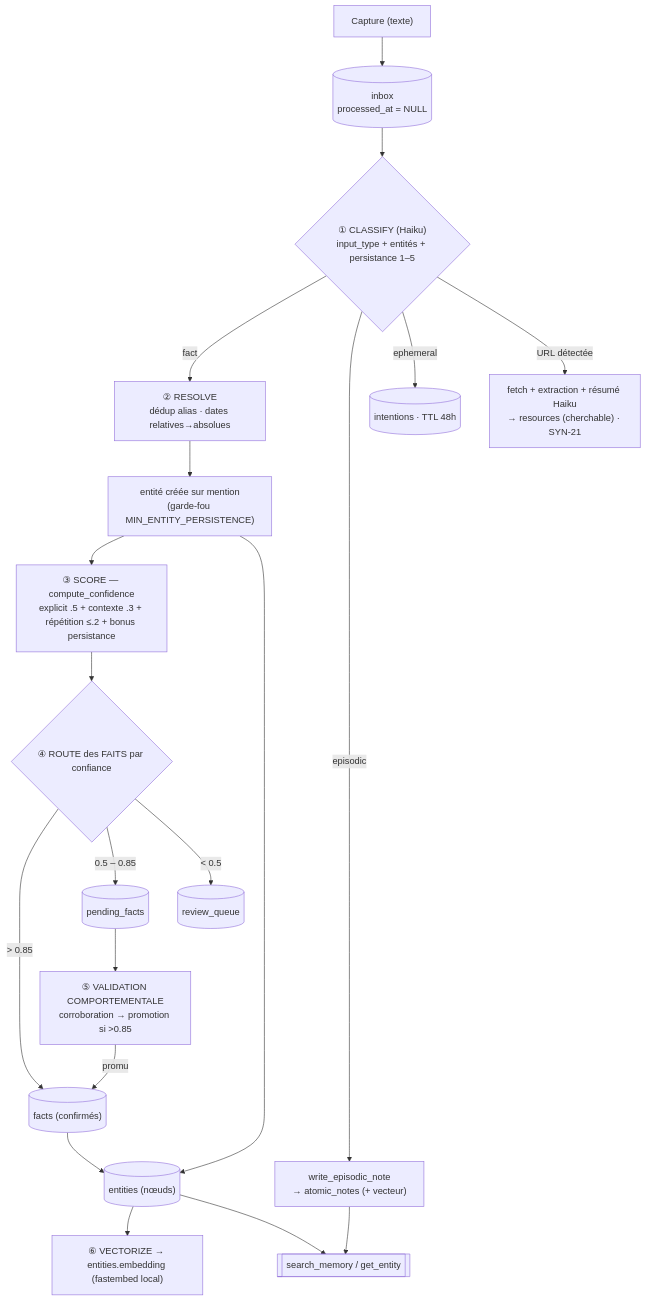
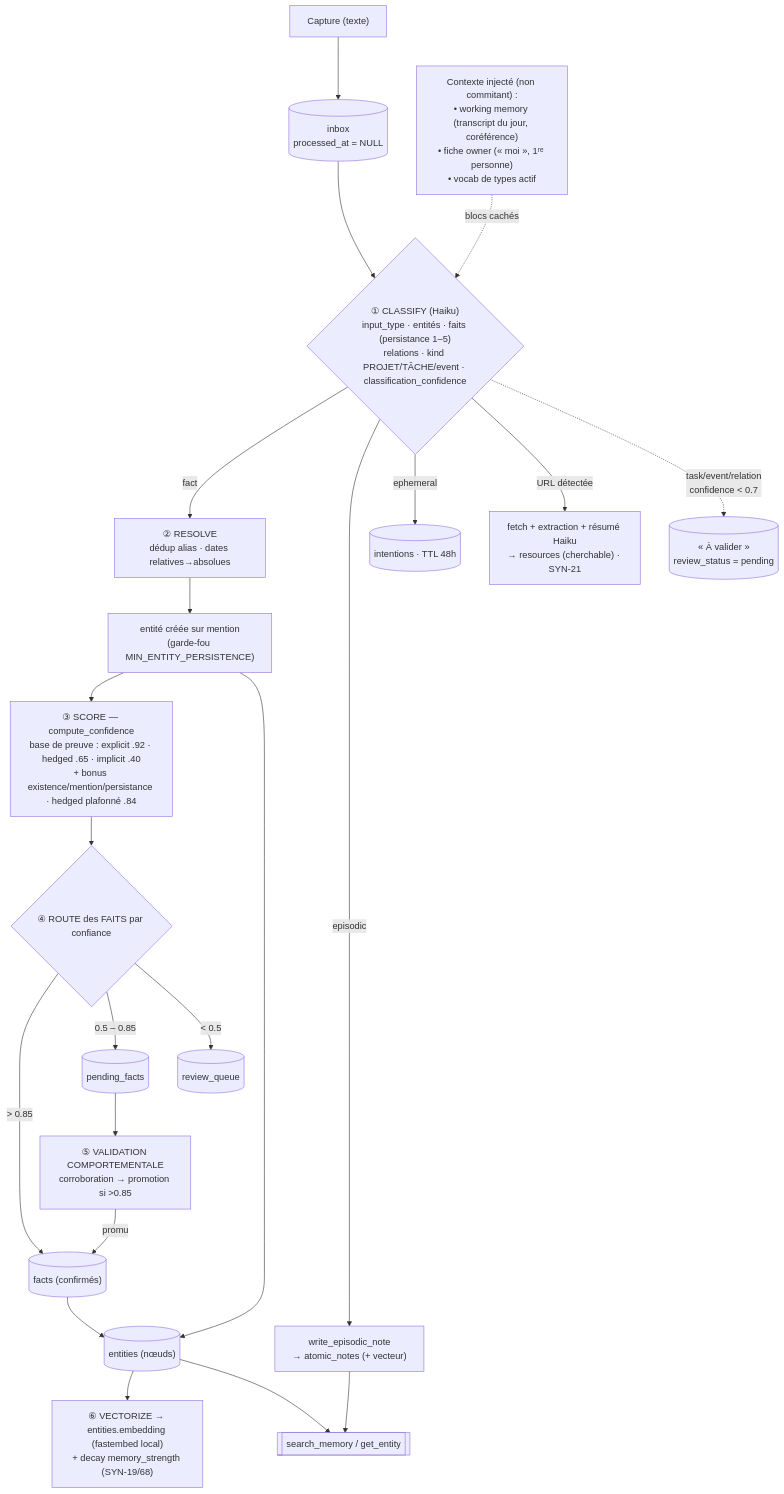
One commit to alexisraitano-myffu/synapse changed the second of 5 diagrams in docs/ARCHITECTURE.md. Above: the diagram before and after it, drawn with Mermaid. The commit also changed other lines of this file and 4 other files, not shown here.

First line of the commit message:
docs: bring the public docs up to date (README, ARCHITECTURE, engine map)

````diff
--- a/docs/ARCHITECTURE.md
+++ b/docs/ARCHITECTURE.md
@@ -40,27 +41,30 @@
 ```mermaid
 flowchart TD
     Capture["Capture (texte)"] --> Inbox[("inbox<br/>processed_at = NULL")]
-    Inbox --> Classify{"① CLASSIFY (Haiku)<br/>input_type + entités + persistance 1–5"}
+    Ctx["Contexte injecté (non commitant) :<br/>• working memory (transcript du jour, coréférence)<br/>• fiche owner (« moi », 1ʳᵉ personne)<br/>• vocab de types actif"] -.->|blocs cachés| Classify
+    Inbox --> Classify{"① CLASSIFY (Haiku)<br/>input_type · entités · faits (persistance 1–5)<br/>relations · kind PROJET/TÂCHE/event · classification_confidence"}
 
     Classify -->|fact| Resolve["② RESOLVE<br/>dédup alias · dates relatives→absolues"]
     Classify -->|episodic| Episodic["write_episodic_note<br/>→ atomic_notes (+ vecteur)"]
     Classify -->|ephemeral| Intentions[("intentions · TTL 48h")]
     Classify -->|"URL détectée"| ResourceFetch["fetch + extraction + résumé Haiku<br/>→ resources (cherchable) · SYN-21"]
 
     Resolve --> Create["entité créée sur mention<br/>(garde-fou MIN_ENTITY_PERSISTENCE)"]
-    Create --> Score["③ SCORE — compute_confidence<br/>explicit .5 + contexte .3 + répétition ≤.2 + bonus persistance"]
+    Create --> Score["③ SCORE — compute_confidence<br/>base de preuve : explicit .92 · hedged .65 · implicit .40<br/>+ bonus existence/mention/persistance · hedged plafonné .84"]
     Score --> Route{"④ ROUTE des FAITS par confiance"}
 
     Create --> Entities[("entities (nœuds)")]
     Route -->|"> 0.85"| Facts[("facts (confirmés)")]
     Route -->|"0.5 – 0.85"| Pending[("pending_facts")]
     Route -->|"< 0.5"| Review[("review_queue")]
     Facts --> Entities
 
+    Classify -.->|"task/event/relation<br/>confidence < 0.7"| AValider[("« À valider »<br/>review_status = pending")]
+
     Pending --> Validate["⑤ VALIDATION COMPORTEMENTALE<br/>corroboration → promotion si >0.85"]
     Validate -->|promu| Facts
 
-    Entities --> Vectorize["⑥ VECTORIZE → entities.embedding (fastembed local)"]
+    Entities --> Vectorize["⑥ VECTORIZE → entities.embedding (fastembed local)<br/>+ decay memory_strength (SYN-19/68)"]
     Episodic --> Store[["search_memory / get_entity"]]
     Entities --> Store
 ```
````
